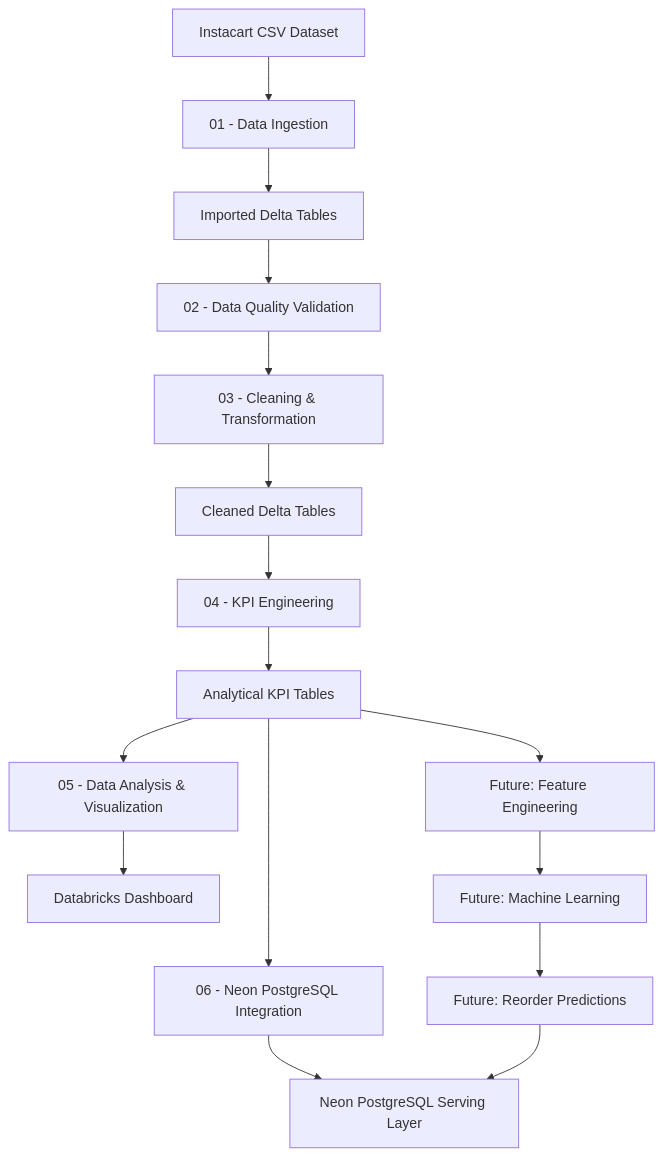
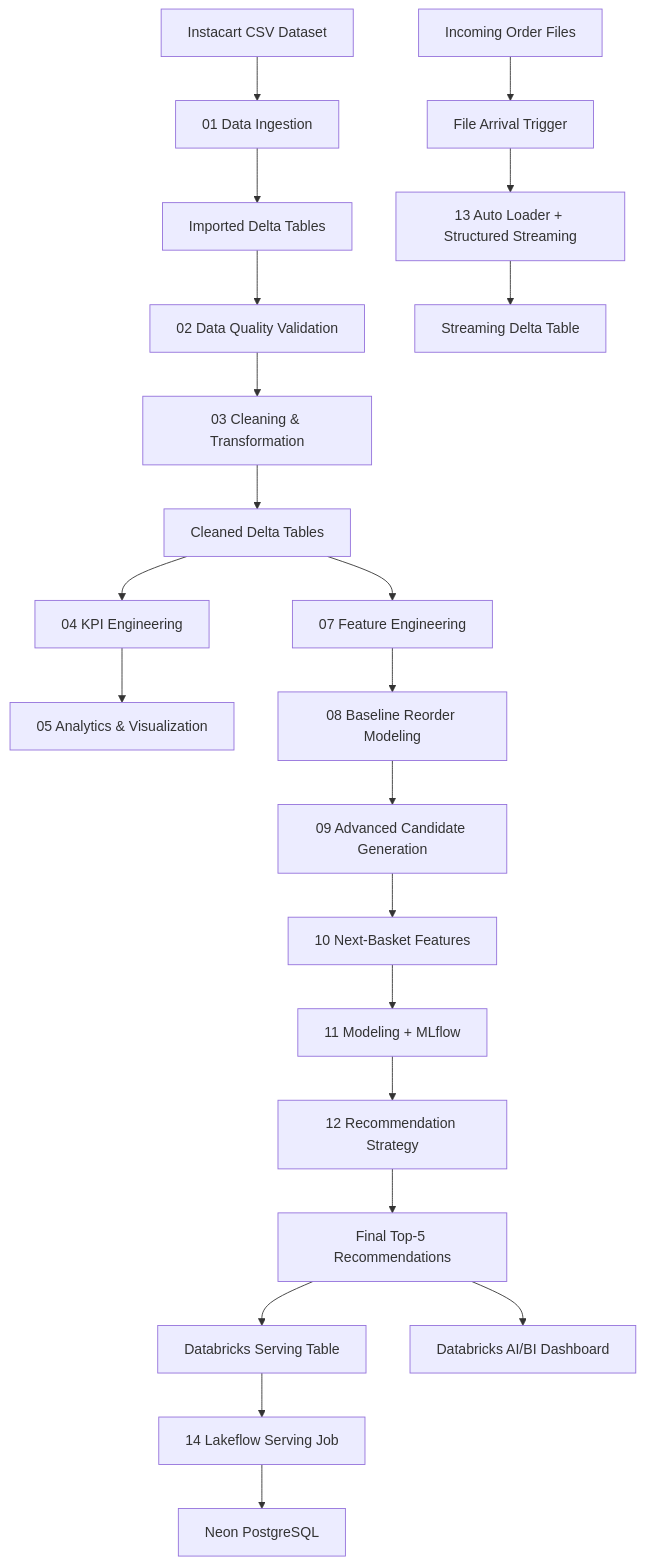
One commit to nour2344/instacart-databricks-analytics changed the diagram in README.md. Above: the diagram before and after it, drawn with Mermaid. The commit also changed other lines of this file, not shown here.

````diff
--- a/README.md
+++ b/README.md
@@ -132,35 +103,35 @@
 ```mermaid
 flowchart TD
 
     A[Instacart CSV Dataset]
 
-    A --> B[01 - Data Ingestion]
-
+    A --> B[01 Data Ingestion]
     B --> C[Imported Delta Tables]
 
-    C --> D[02 - Data Quality Validation]
-
-    D --> E[03 - Cleaning & Transformation]
+    C --> D[02 Data Quality Validation]
+    D --> E[03 Cleaning & Transformation]
 
     E --> F[Cleaned Delta Tables]
 
-    F --> G[04 - KPI Engineering]
+    F --> G[04 KPI Engineering]
+    G --> H[05 Analytics & Visualization]
 
-    G --> H[Analytical KPI Tables]
+    F --> I[07 Feature Engineering]
+    I --> J[08 Baseline Reorder Modeling]
+    J --> K[09 Advanced Candidate Generation]
+    K --> L[10 Next-Basket Features]
+    L --> M[11 Modeling + MLflow]
+    M --> N[12 Recommendation Strategy]
 
-    H --> I[05 - Data Analysis & Visualization]
+    N --> O[Final Top-5 Recommendations]
+    O --> P[Databricks Serving Table]
+    P --> Q[14 Lakeflow Serving Job]
+    Q --> R[Neon PostgreSQL]
 
-    I --> J[Databricks Dashboard]
+    S[Incoming Order Files]
+    S --> T[File Arrival Trigger]
+    T --> U[13 Auto Loader + Structured Streaming]
+    U --> V[Streaming Delta Table]
 
-    H --> K[06 - Neon PostgreSQL Integration]
-
-    K --> L[Neon PostgreSQL Serving Layer]
-
-    H --> M[Future: Feature Engineering]
-
-    M --> N[Future: Machine Learning]
-
-    N --> O[Future: Reorder Predictions]
-
-    O --> L
+    O --> W[Databricks AI/BI Dashboard]
 ```
````
